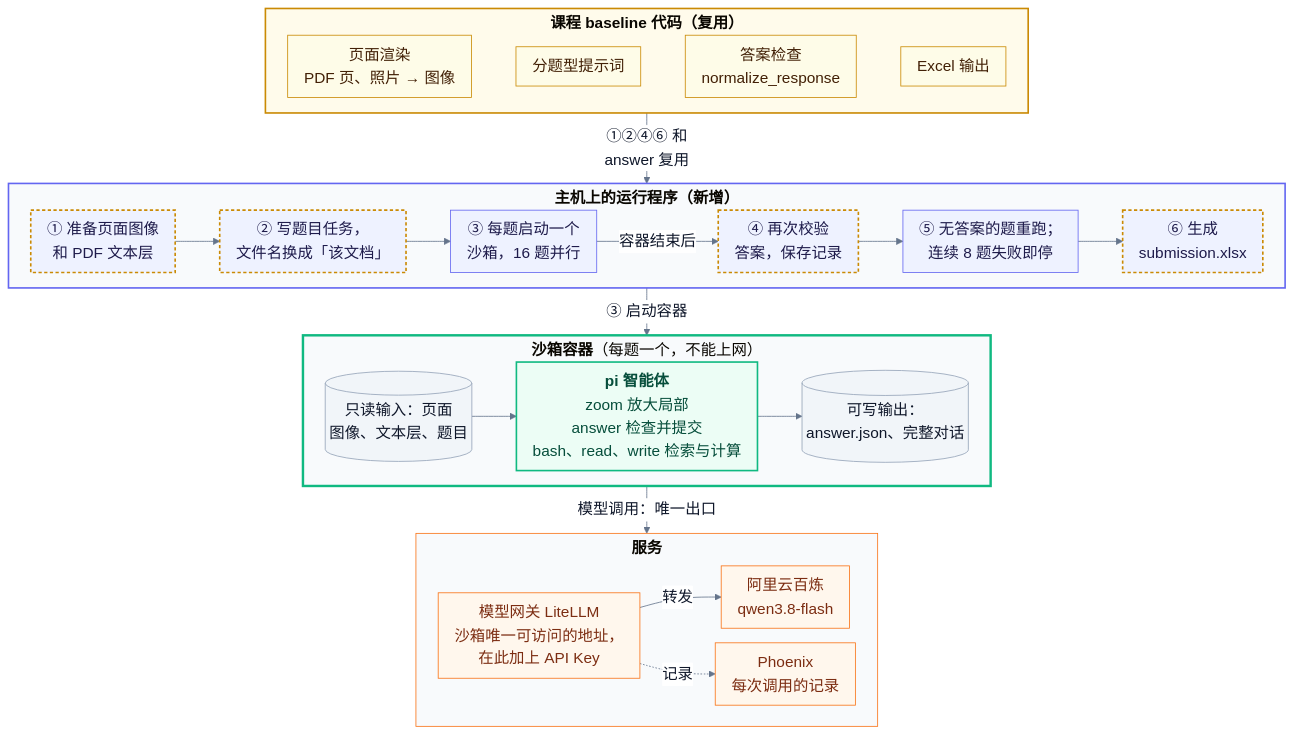
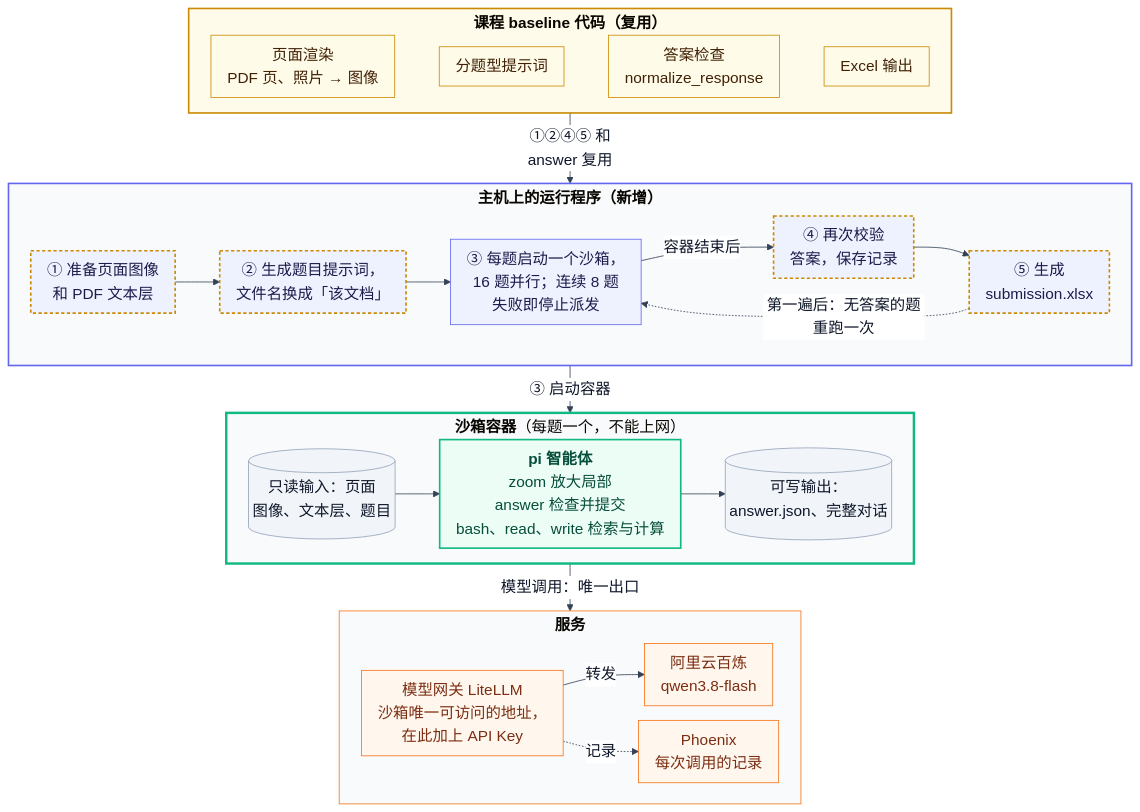
The diagram in docs/diagrams/zh-architecture.mmd (eric15342335/AIFep-FDU.github.io), drawn with Mermaid before and after one commit. The commit also changed 7 other files, not shown here.

```diff
--- a/docs/diagrams/zh-architecture.mmd
+++ b/docs/diagrams/zh-architecture.mmd
@@ -1,44 +1,45 @@
-%%{init: {"theme": "base", "themeVariables": {"fontSize": "19px", "lineColor": "#64748b", "primaryTextColor": "#0f172a", "edgeLabelBackground": "#ffffff"}, "flowchart": {"nodeSpacing": 18, "rankSpacing": 30, "padding": 10, "wrappingWidth": 300, "subGraphTitleMargin": {"top": 4, "bottom": 10}}}}%%
+%%{init: {"theme": "base", "themeVariables": {"fontSize": "19px", "lineColor": "#334155", "primaryTextColor": "#0f172a", "edgeLabelBackground": "#ffffff"}, "flowchart": {"nodeSpacing": 18, "rankSpacing": 30, "padding": 10, "wrappingWidth": 300, "subGraphTitleMargin": {"top": 4, "bottom": 10}}}}%%
 %% Compact Chinese version of architecture.mmd for the course report (docs/report/report.md).
 flowchart TB
     subgraph BASE["<b>课程 baseline 代码（复用）</b>"]
         direction LR
         render["页面渲染<br/>PDF 页、照片 → 图像"] ~~~ prompts["分题型提示词"] ~~~ checker["答案检查<br/>normalize_response"] ~~~ writer["Excel 输出"]
     end
 
     subgraph HOST["<b>主机上的运行程序（新增）</b>"]
         direction LR
-        prep["① 准备页面图像<br/>和 PDF 文本层"] --> task["② 写题目任务，<br/>文件名换成「该文档」"] --> start["③ 每题启动一个<br/>沙箱，16 题并行"] -- "容器结束后" --> check["④ 再次校验<br/>答案，保存记录"] --> retry["⑤ 无答案的题重跑；<br/>连续 8 题失败即停"] --> out["⑥ 生成<br/>submission.xlsx"]
+        prep["① 准备页面图像<br/>和 PDF 文本层"] --> task["② 生成题目提示词，<br/>文件名换成「该文档」"] --> start["③ 每题启动一个沙箱，<br/>16 题并行；连续 8 题<br/>失败即停止派发"] -- "容器结束后" --> check["④ 再次校验<br/>答案，保存记录"] --> out["⑤ 生成<br/>submission.xlsx"]
+        out -. "第一遍后：无答案的题重跑一次" .-> start
     end
 
     subgraph BOX["<b>沙箱容器</b>（每题一个，不能上网）"]
         direction LR
         input[("只读输入：页面<br/>图像、文本层、题目")] --> agent["<b>pi 智能体</b><br/>zoom 放大局部<br/>answer 检查并提交<br/>bash、read、write 检索与计算"] --> output[("可写输出：<br/>answer.json、完整对话")]
     end
 
     subgraph SVC["<b>服务</b>"]
         direction LR
         gw["模型网关 LiteLLM<br/>沙箱唯一可访问的地址，<br/>在此加上 API Key"] -- "转发" --> model["阿里云百炼<br/>qwen3.8-flash"]
         gw -. "记录" .-> trace["Phoenix<br/>每次调用的记录"]
     end
 
-    BASE -- "①②④⑥ 和<br/>answer 复用" --> HOST
+    BASE -- "①②④⑤ 和<br/>answer 复用" --> HOST
     HOST -- "③ 启动容器" --> BOX
     BOX -- "模型调用：唯一出口" --> SVC
 
     classDef base fill:#fefce8,stroke:#ca8a04,color:#422006
     classDef host fill:#eef2ff,stroke:#6366f1,color:#1e1b4b
     classDef usesBase fill:#eef2ff,stroke:#ca8a04,color:#1e1b4b,stroke-width:2px,stroke-dasharray:4 3
     classDef box fill:#ecfdf5,stroke:#10b981,color:#064e3b,stroke-width:2px
     classDef folder fill:#f1f5f9,stroke:#94a3b8,color:#0f172a
     classDef ext fill:#fff7ed,stroke:#f97316,color:#7c2d12
     class render,prompts,checker,writer base
-    class start,retry host
+    class start host
     class prep,task,check,out usesBase
     class agent box
     class input,output folder
     class gw,model,trace ext
     style BASE fill:#fffbeb,stroke:#ca8a04,stroke-width:2px
     style HOST fill:#f8fafc,stroke:#6366f1,stroke-width:2px
     style BOX fill:#f8fafc,stroke:#10b981,stroke-width:3px
     style SVC fill:#f8fafc,stroke:#f97316
```
